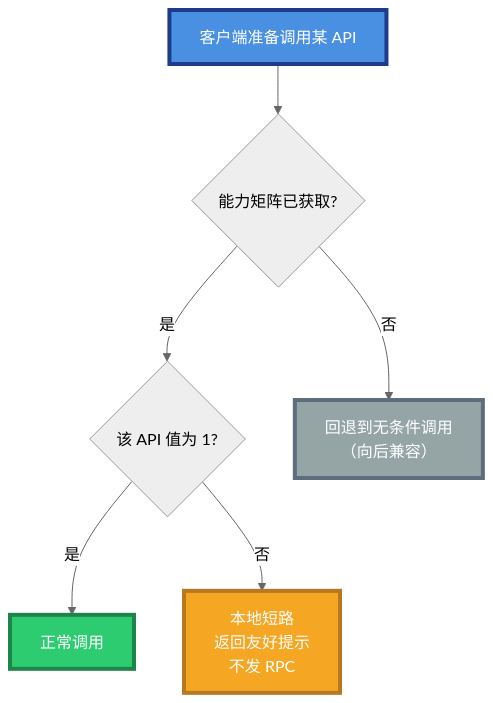
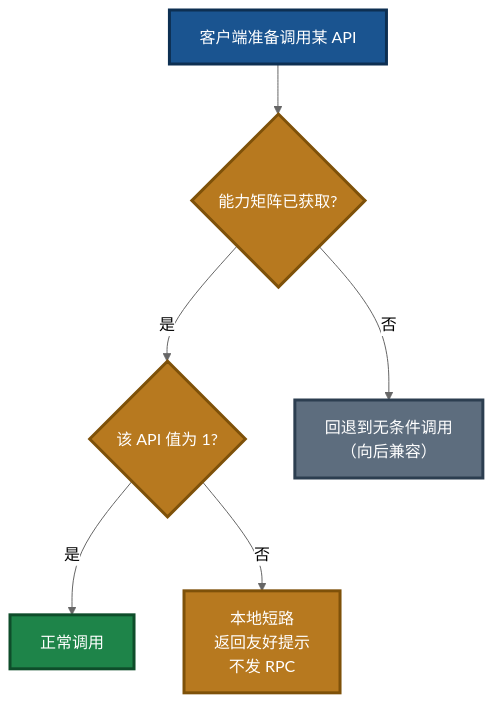
Diagram 15 of 39 in src/llm-service/LingoFuse_LLM_Service_Work_Summary.md (PassByYou888/LingoFuse-pasAgent), drawn with Mermaid (neutral theme) before and after one commit. The commit also changed other lines of this file, not shown here.

````diff
--- a/src/llm-service/LingoFuse_LLM_Service_Work_Summary.md
+++ b/src/llm-service/LingoFuse_LLM_Service_Work_Summary.md
@@ -476,13 +512,15 @@
 ```mermaid
 flowchart TB
     START["客户端准备调用某 API"] --> Q1{"能力矩阵已获取?"}
     Q1 -->|是| Q2{"该 API 值为 1?"}
     Q1 -->|否| FALLBACK["回退到无条件调用<br/>（向后兼容）"]
     Q2 -->|是| NORMAL["正常调用"]
     Q2 -->|否| SHORTCUT["本地短路<br/>返回友好提示<br/>不发 RPC"]
 
-    style START fill:#4A90E2,stroke:#1E3A8A,stroke-width:4px,color:#FFFFFF
-    style NORMAL fill:#2ECC71,stroke:#1E8449,stroke-width:4px,color:#FFFFFF
-    style SHORTCUT fill:#F5A623,stroke:#B7791F,stroke-width:4px,color:#FFFFFF
-    style FALLBACK fill:#95A5A6,stroke:#5D6D7E,stroke-width:4px,color:#FFFFFF
+    style START fill:#1A5490,stroke:#0D2F52,stroke-width:3px,color:#FFFFFF
+    style Q1 fill:#B7791F,stroke:#7E5109,stroke-width:3px,color:#FFFFFF
+    style Q2 fill:#B7791F,stroke:#7E5109,stroke-width:3px,color:#FFFFFF
+    style NORMAL fill:#1E8449,stroke:#0E4D2A,stroke-width:3px,color:#FFFFFF
+    style SHORTCUT fill:#B7791F,stroke:#7E5109,stroke-width:3px,color:#FFFFFF
+    style FALLBACK fill:#5D6D7E,stroke:#2C3E50,stroke-width:3px,color:#FFFFFF
 ```
````
